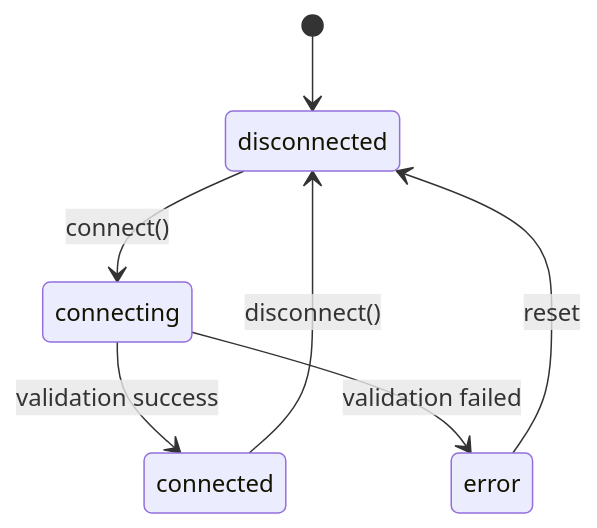
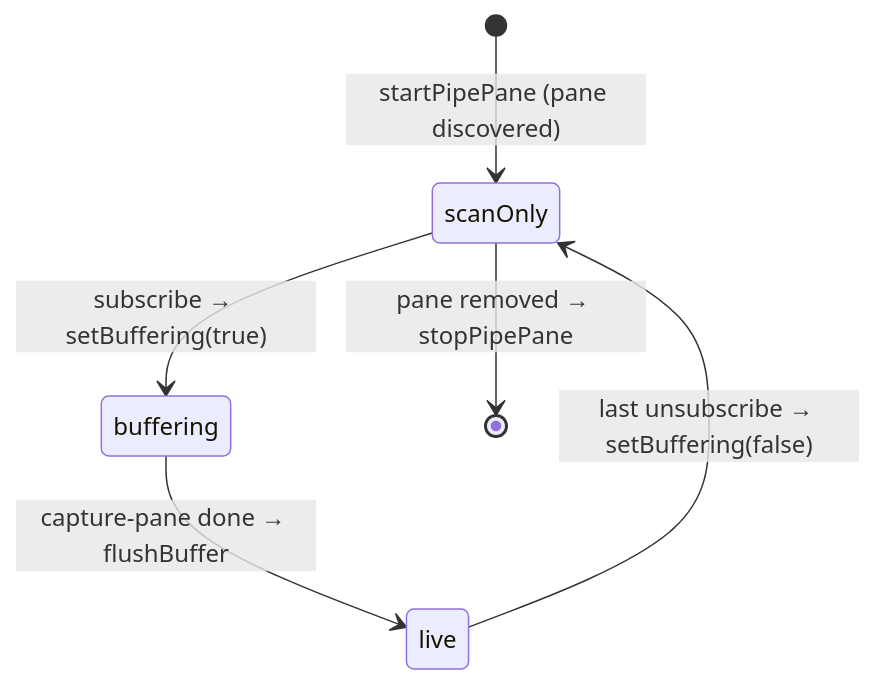
The third of 12 diagrams in docs/streaming-architecture.md (gpambrozio/Gallager), drawn with Mermaid before and after one commit. The commit also changed other lines of this file and 25 other files, not shown here.

First line of the commit message:
One persistent PipePaneReader per pane (closes #476) (#479)

````diff
--- a/docs/streaming-architecture.md
+++ b/docs/streaming-architecture.md
@@ -101,9 +107,8 @@
 ```mermaid
 stateDiagram-v2
-    [*] --> disconnected
-    disconnected --> connecting: connect()
-    connecting --> connected: validation success
-    connecting --> error: validation failed
-    connected --> disconnected: disconnect()
-    error --> disconnected: reset
+    [*] --> scanOnly: startPipePane (pane discovered)
+    scanOnly --> buffering: subscribe → setBuffering(true)
+    buffering --> live: capture-pane done → flushBuffer
+    live --> scanOnly: last unsubscribe → setBuffering(false)
+    scanOnly --> [*]: pane removed → stopPipePane
 ```
````
